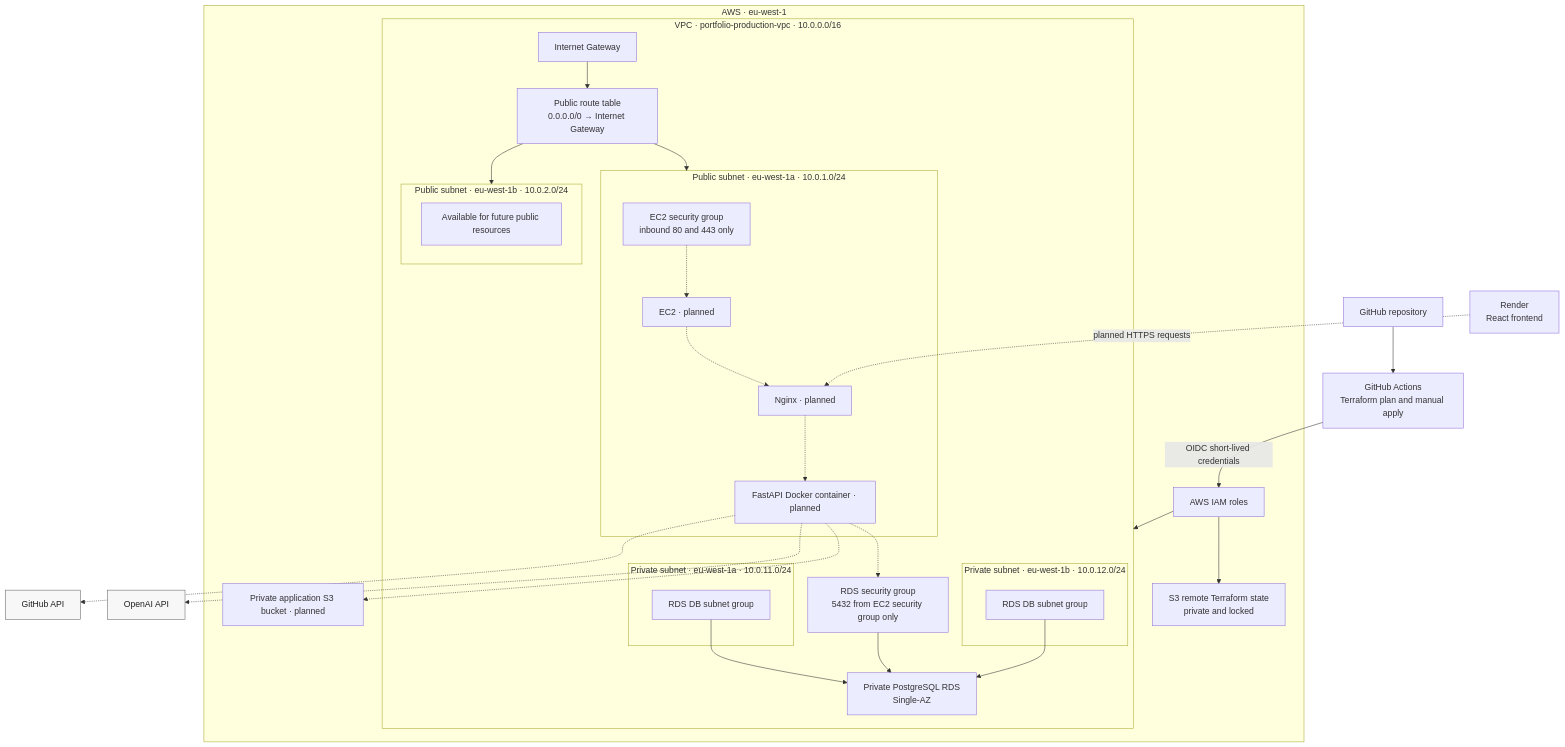
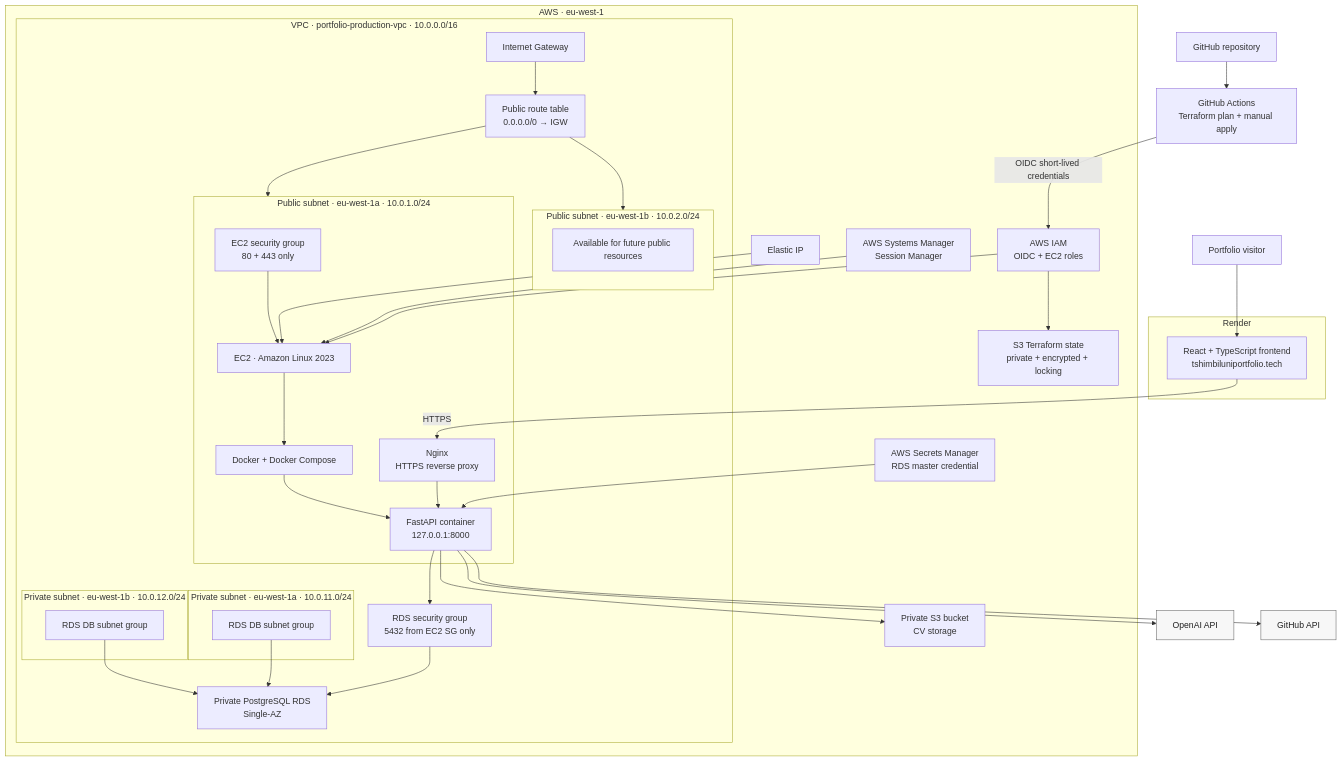
The diagram in README.md (TshimbiluniRSA/my-aws-infrastructure), drawn with Mermaid before and after one commit. The commit also changed other lines of this file, not shown here.

````diff
--- a/README.md
+++ b/README.md
@@ -28,34 +42,42 @@
 ```mermaid
 flowchart TB
+    User["Portfolio visitor"]
+
     GitHub["GitHub repository"]
-    Actions["GitHub Actions<br/>Terraform plan and manual apply"]
-    Render["Render<br/>React frontend"]
+    Actions["GitHub Actions<br/>Terraform plan + manual apply"]
+
+    subgraph Render["Render"]
+        Frontend["React + TypeScript frontend<br/>tshimbiluniportfolio.tech"]
+    end
+
     GitHubAPI["GitHub API"]:::external
     OpenAI["OpenAI API"]:::external
 
     subgraph AWS["AWS · eu-west-1"]
-        IAM["AWS IAM roles"]
-        IAM --> State["S3 remote Terraform state<br/>private and locked"]
+        IAM["AWS IAM<br/>OIDC + EC2 roles"]
+        State["S3 Terraform state<br/>private + encrypted + locking"]
 
         subgraph VPC["VPC · portfolio-production-vpc · 10.0.0.0/16"]
-            IGW["Internet Gateway"] --> PublicRT["Public route table<br/>0.0.0.0/0 → Internet Gateway"]
+
+            IGW["Internet Gateway"]
+            PublicRT["Public route table<br/>0.0.0.0/0 → IGW"]
 
             subgraph PublicA["Public subnet · eu-west-1a · 10.0.1.0/24"]
-                EC2SG["EC2 security group<br/>inbound 80 and 443 only"]
-                EC2["EC2 · planned"]
-                Nginx["Nginx · planned"]
-                API["FastAPI Docker container · planned"]
-                EC2SG -.-> EC2
-                EC2 -.-> Nginx
-                Nginx -.-> API
+                EC2SG["EC2 security group<br/>80 + 443 only"]
+                EC2["EC2 · Amazon Linux 2023"]
+                Docker["Docker + Docker Compose"]
+                Nginx["Nginx<br/>HTTPS reverse proxy"]
+                API["FastAPI container<br/>127.0.0.1:8000"]
+
+                EC2SG --> EC2
+                EC2 --> Docker
+                Docker --> API
+                Nginx --> API
             end
 
             subgraph PublicB["Public subnet · eu-west-1b · 10.0.2.0/24"]
                 PublicSpare["Available for future public resources"]
             end
-
-            PublicRT --> PublicA
-            PublicRT --> PublicB
 
             subgraph PrivateA["Private subnet · eu-west-1a · 10.0.11.0/24"]
                 DBSubnetA["RDS DB subnet group"]
@@ -67,20 +89,36 @@
 
             DBSubnetA --> RDS["Private PostgreSQL RDS<br/>Single-AZ"]
             DBSubnetB --> RDS
-            RDSSG["RDS security group<br/>5432 from EC2 security group only"] --> RDS
-            API -.-> RDSSG
+
+            RDSSG["RDS security group<br/>5432 from EC2 SG only"] --> RDS
+            API --> RDSSG
+
+            IGW --> PublicRT
+            PublicRT --> PublicA
+            PublicRT --> PublicB
         end
 
-        AppS3["Private application S3 bucket · planned"]
-        API -.-> AppS3
+        EIP["Elastic IP"]
+        SSM["AWS Systems Manager<br/>Session Manager"]
+        Secrets["AWS Secrets Manager<br/>RDS master credential"]
+        AppS3["Private S3 bucket<br/>CV storage"]
+
+        EIP --> EC2
+        SSM --> EC2
+        Secrets --> API
+        API --> AppS3
+        IAM --> State
+        IAM --> EC2
     end
+
+    User --> Frontend
+    Frontend -->|HTTPS| Nginx
 
     GitHub --> Actions
     Actions -->|OIDC short-lived credentials| IAM
-    IAM --> VPC
-    Render -.->|planned HTTPS requests| Nginx
-    API -.-> OpenAI
-    API -.-> GitHubAPI
+
+    API --> OpenAI
+    API --> GitHubAPI
 
     classDef external fill:#f7f7f7,stroke:#666,color:#222;
 ```
````
